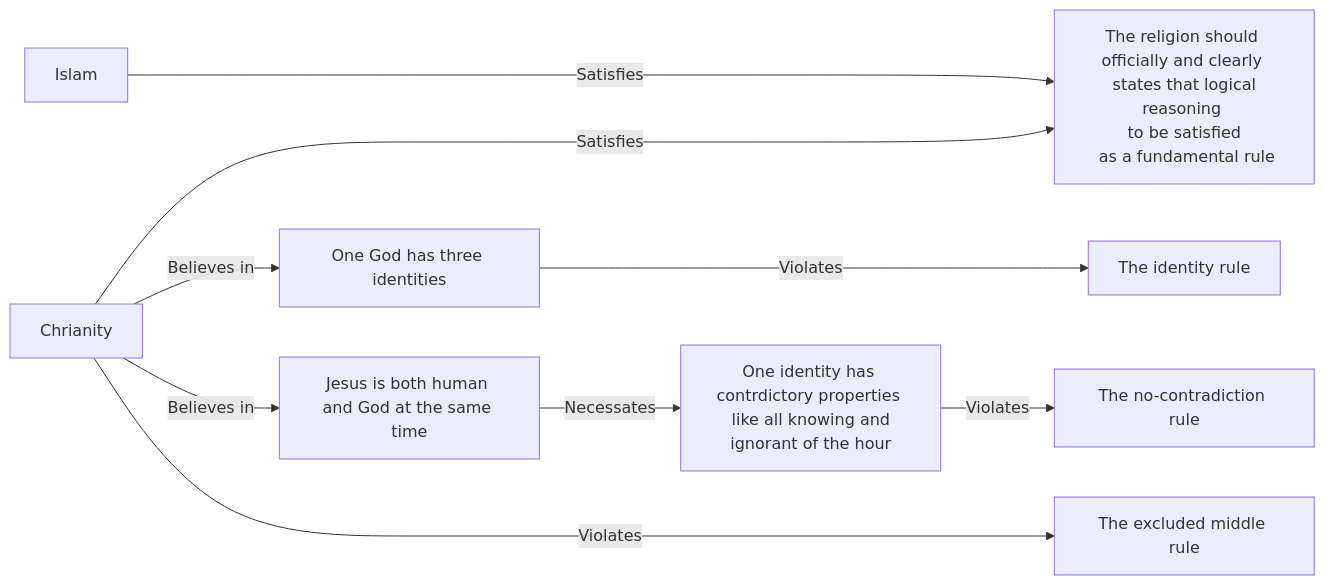
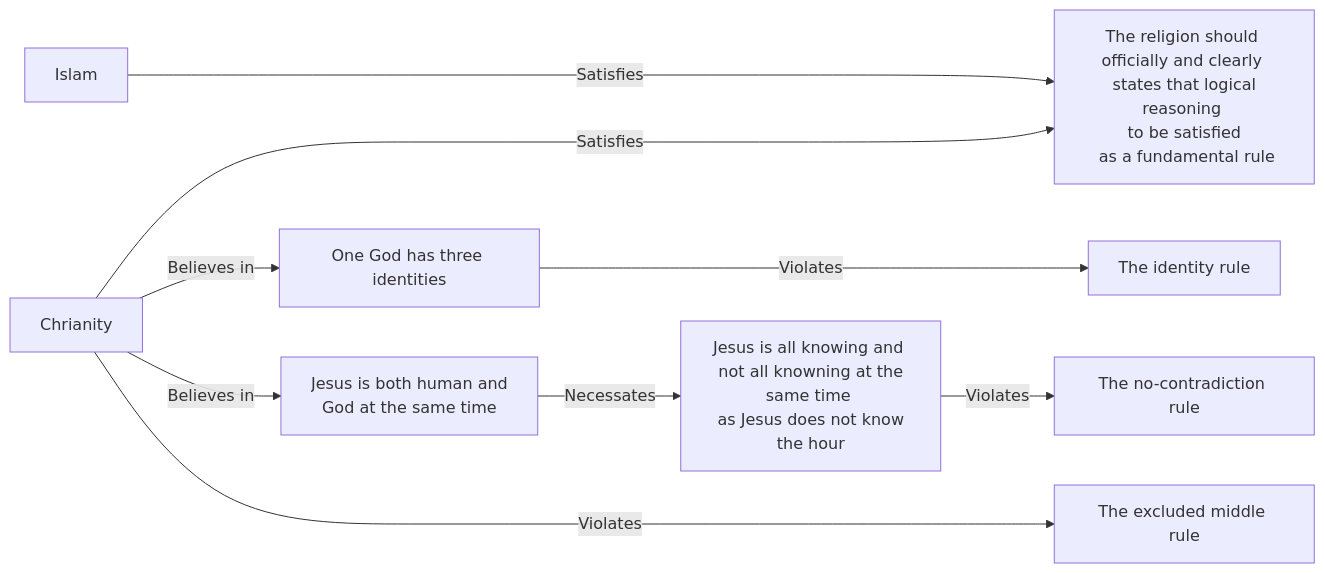
One commit to amersabag/all-religions-in-10-minutes-logical-version changed the diagram in README.md. Above: the diagram before and after it, drawn with Mermaid.

````diff
--- a/README.md
+++ b/README.md
@@ -5,16 +5,16 @@
 ```mermaid
 flowchart LR
     ISL[Islam]
         -- Satisfies ----> OFR[The religion should officially and clearly <br> states that logical reasoning <br> to be satisfied <br> as a fundamental rule]
     CHR[Chrianity]
         -- Satisfies ----> OFR
     CHR
         -- Believes in --> CHR1[One God has three identities]
         -- Violates ---> IDR[The identity rule]
     CHR
-        -- Believes in --> CHR2[Jesus is both human and God at the same time]
-        -- Necessates --> CHR3[One identity has contrdictory properties <br> like all knowing and ignorant of the hour]
+        -- Believes in --> CHR2[Jesus is both human and <br> God at the same time]
+        -- Necessates --> CHR3[Jesus is all knowing and <br> not all knowning at the same time <br> as Jesus does not know the hour]
         -- Violates --> NCR[The no-contradiction rule]
     CHR
         -- Violates ----> EMR[The excluded middle rule]
 ```
````
